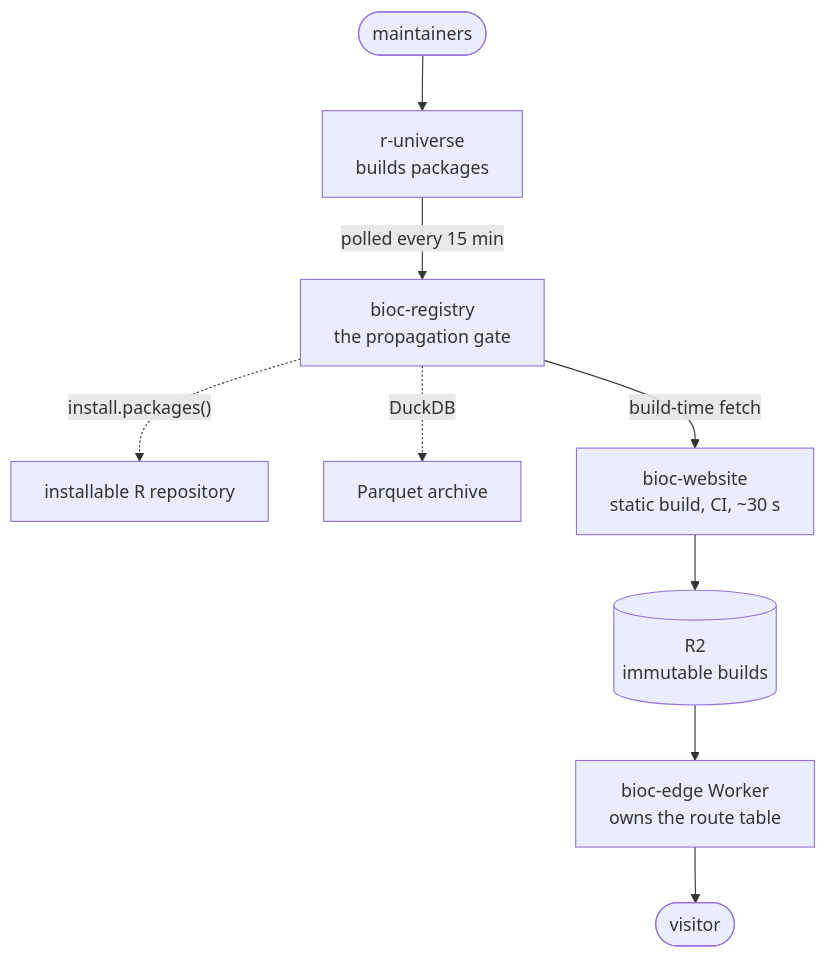
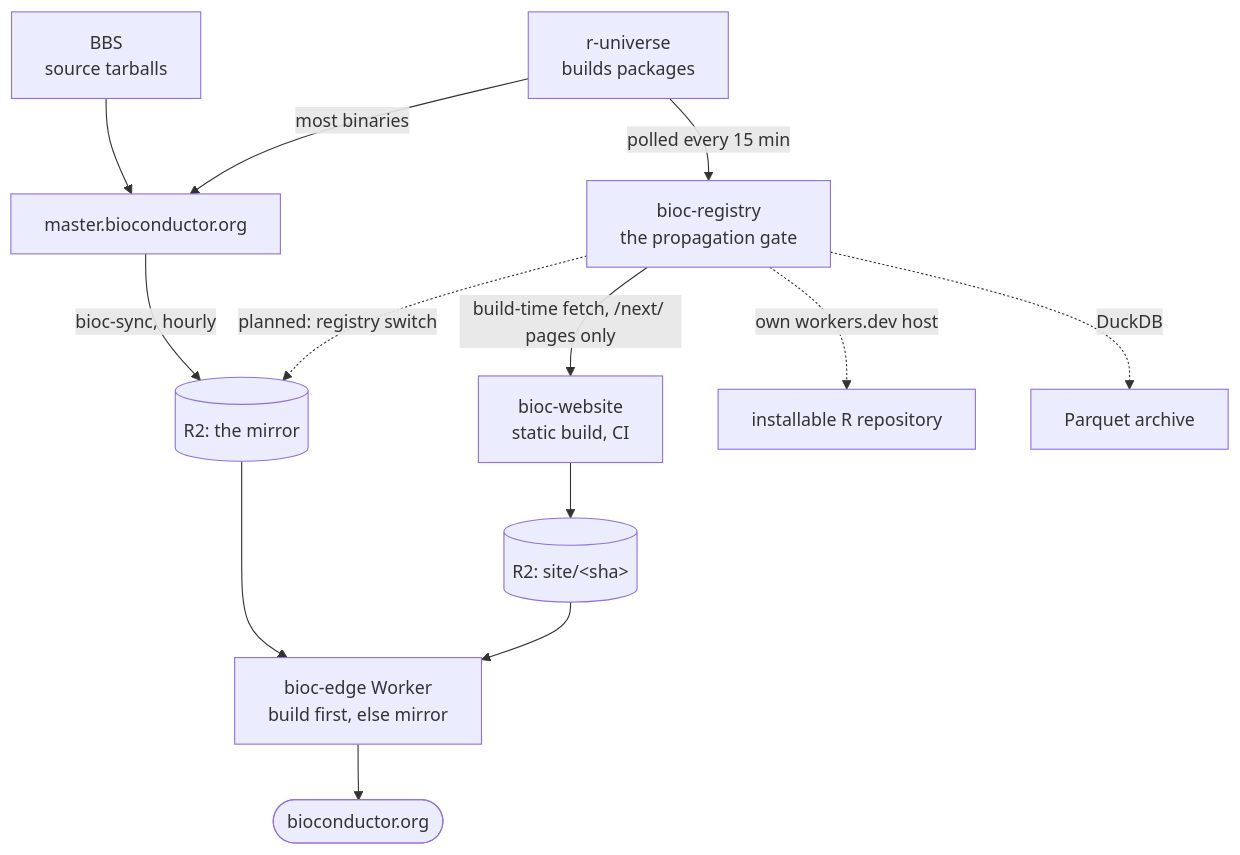
Before and after one commit to seandavi/bioc-infrastructure: the diagram in index.qmd, drawn with Mermaid. The commit also changed other lines of this file and 4 other files, not shown here.

First line of the commit message:
Docs: how bioconductor.org is served and published today

````diff
--- a/index.qmd
+++ b/index.qmd
@@ -58,11 +59,15 @@
 ```{mermaid}
 flowchart TB
-  m(["maintainers"]) --> ru["r-universe<br/>builds packages"]
+  bbs["BBS<br/>source tarballs"] --> master["master.bioconductor.org"]
+  ru["r-universe<br/>builds packages"] -- "most binaries" --> master
+  master -- "bioc-sync, hourly" --> mir[("R2: the mirror")]
+  site["bioc-website<br/>static build, CI"] --> b[("R2: site/&lt;sha&gt;")]
+  mir --> wk["bioc-edge Worker<br/>build first, else mirror"]
+  b --> wk
+  wk --> v(["bioconductor.org"])
   ru -- "polled every 15 min" --> reg["bioc-registry<br/>the propagation gate"]
-  reg -. "install.packages()" .-> cran["installable R repository"]
+  reg -. "own workers.dev host" .-> cran["installable R repository"]
   reg -. "DuckDB" .-> pq["Parquet archive"]
-  reg -- "build-time fetch" --> site["bioc-website<br/>static build, CI, ~30 s"]
-  site --> r2[("R2<br/>immutable builds")]
-  r2 --> wk["bioc-edge Worker<br/>owns the route table"]
-  wk --> v(["visitor"])
+  reg -- "build-time fetch, /next/ pages only" --> site
+  reg -. "planned: registry switch" .-> mir
 ```
````
